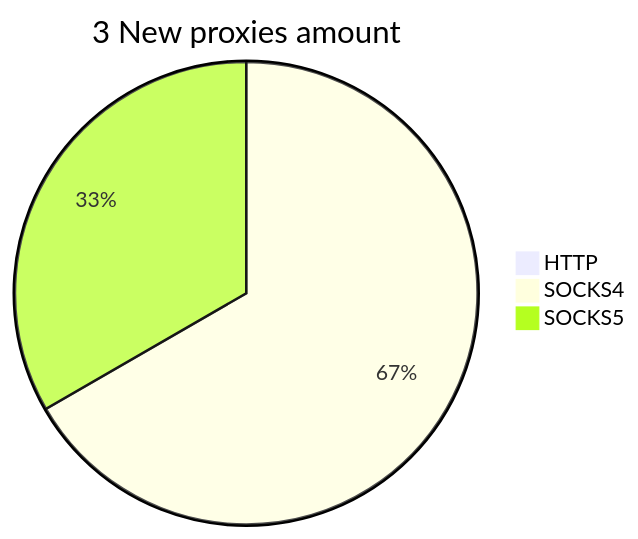
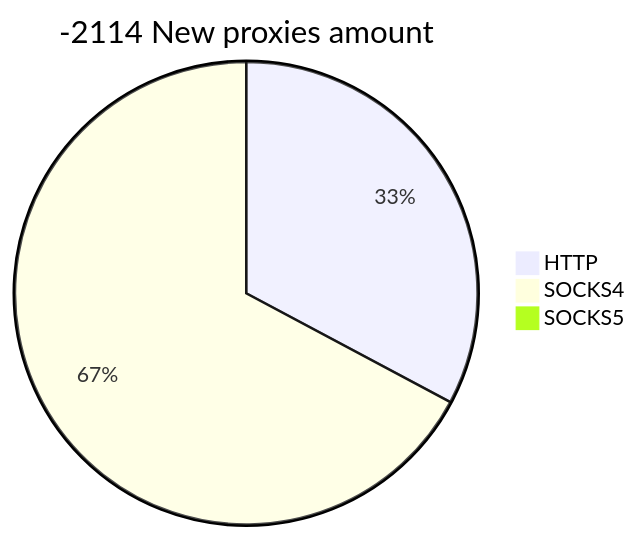
One commit to cutipu/proxylist changed the second of 2 diagrams in README.md. Above: the diagram before and after it, drawn with Mermaid. The commit also changed other lines of this file, not shown here.

````diff
--- a/README.md
+++ b/README.md
@@ -10,6 +10,6 @@
 ```mermaid
-pie title 3 New proxies amount
-    "HTTP" : 0
-    "SOCKS4" : 2
-    "SOCKS5" : 1
+pie title -2114 New proxies amount
+    "HTTP" : 61
+    "SOCKS4" : 125
+    "SOCKS5" : 0
 ```
````
